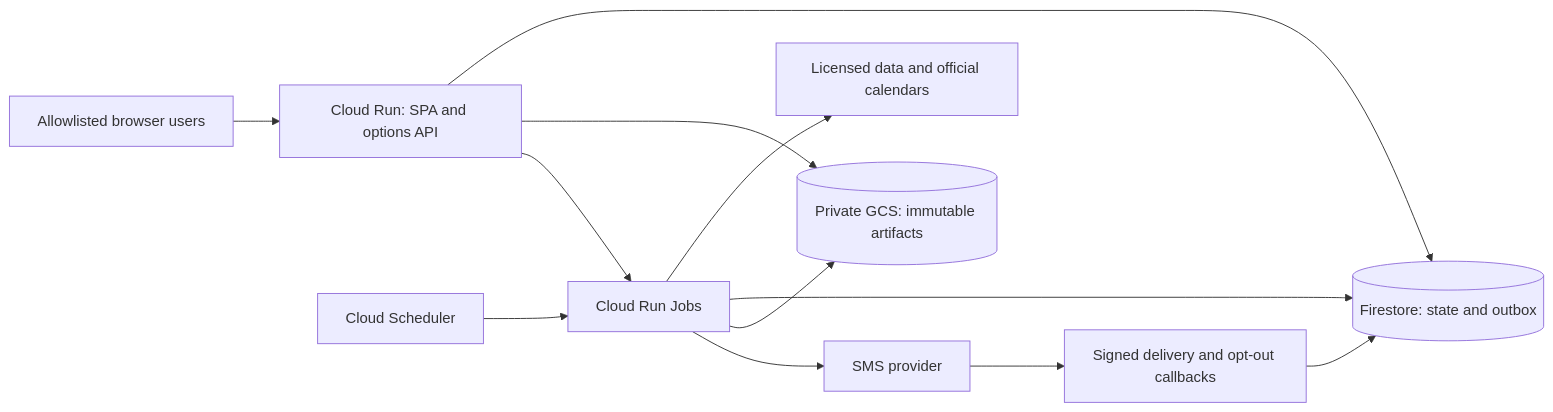
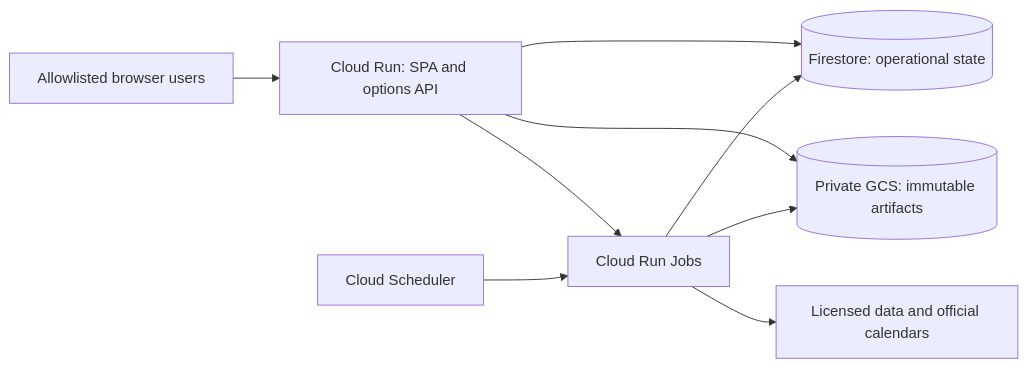
The diagram in openspec/changes/0018-pre-earnings-options-poc/hosting.md (AI-Solutions-Lab-LLC/sobres), drawn with Mermaid before and after one commit. The commit also changed other lines of this file and 11 other files, not shown here.

````diff
--- a/openspec/changes/0018-pre-earnings-options-poc/hosting.md
+++ b/openspec/changes/0018-pre-earnings-options-poc/hosting.md
@@ -12,14 +12,11 @@
 ```mermaid
 flowchart LR
     U[Allowlisted browser users] --> W[Cloud Run: SPA and options API]
-    W --> F[(Firestore: state and outbox)]
+    W --> F[(Firestore: operational state)]
     W --> G[(Private GCS: immutable artifacts)]
     W --> J[Cloud Run Jobs]
     S[Cloud Scheduler] --> J
     J --> P[Licensed data and official calendars]
     J --> F
     J --> G
-    J --> N[SMS provider]
-    N --> H[Signed delivery and opt-out callbacks]
-    H --> F
 ```
````
